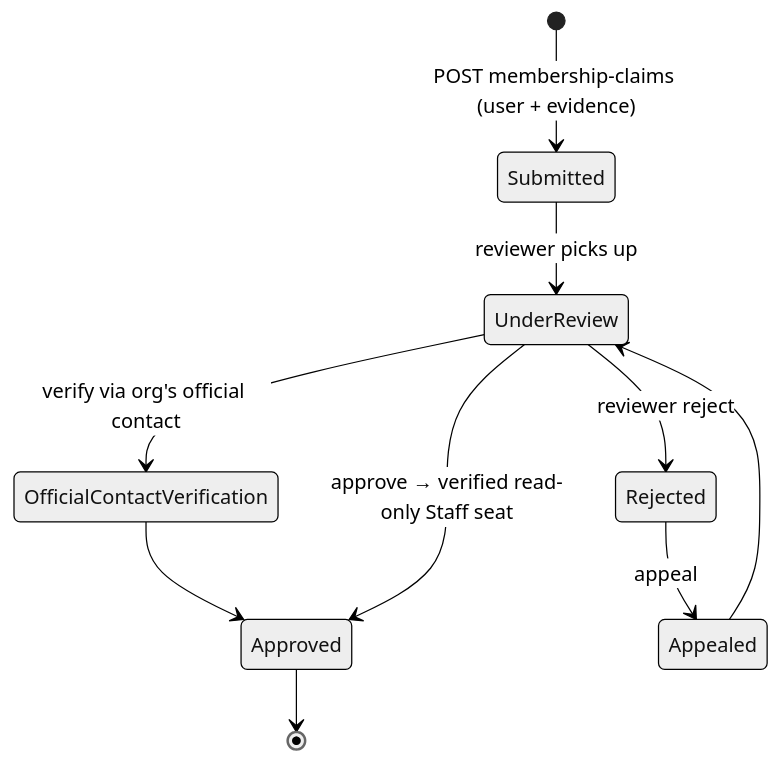
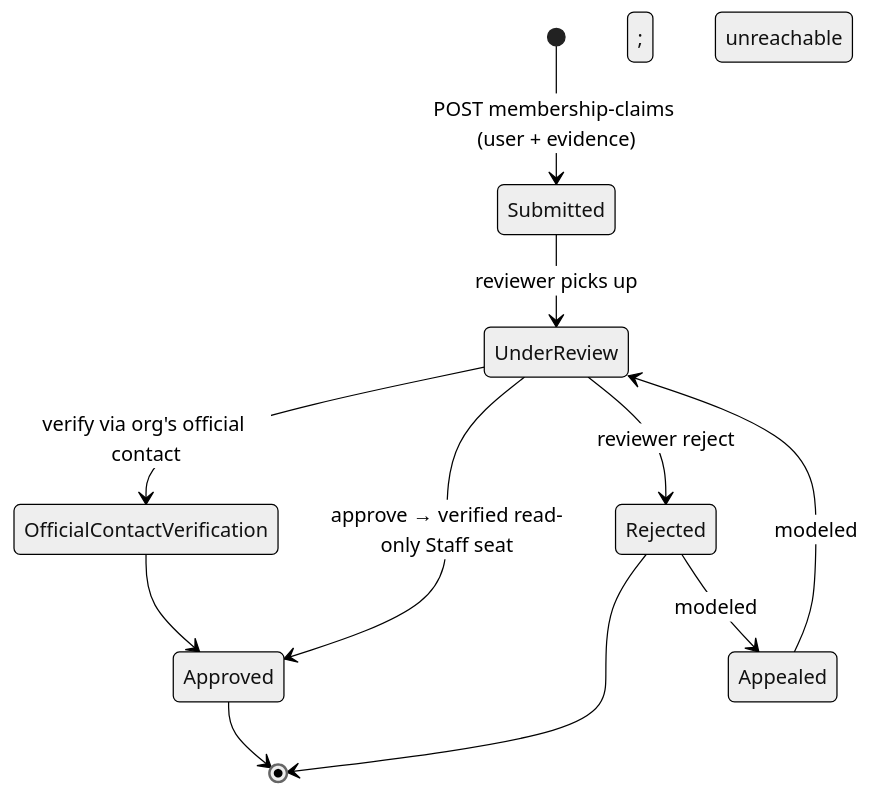
One commit to chaitanyareddykarri/kurx changed diagram 13 of 14 in docs/architecture/diagrams.md. Above: the diagram before and after it, drawn with Mermaid (neutral theme). The commit also changed other lines of this file and 155 other files, not shown here.

````diff
--- a/docs/architecture/diagrams.md
+++ b/docs/architecture/diagrams.md
@@ -428,12 +533,14 @@
 ```mermaid
 stateDiagram-v2
     [*] --> Submitted : POST membership-claims (user + evidence)
     Submitted --> UnderReview : reviewer picks up
     UnderReview --> OfficialContactVerification : verify via org's official contact
     OfficialContactVerification --> Approved
     UnderReview --> Approved : approve → verified read-only Staff seat
     UnderReview --> Rejected : reviewer reject
-    Rejected --> Appealed : appeal
-    Appealed --> UnderReview
     Approved --> [*]
+    Rejected --> [*]
+
+    Rejected --> Appealed : modeled; unreachable
+    Appealed --> UnderReview : modeled; unreachable
 ```
````
